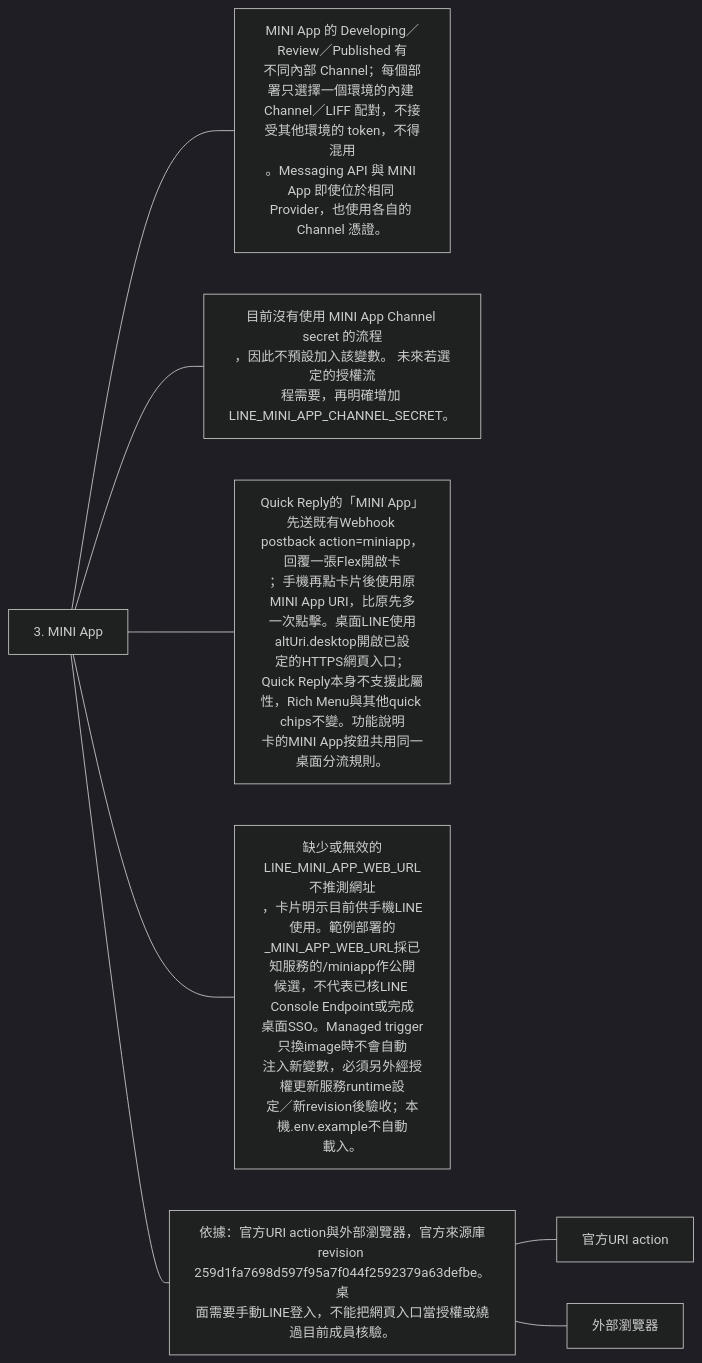
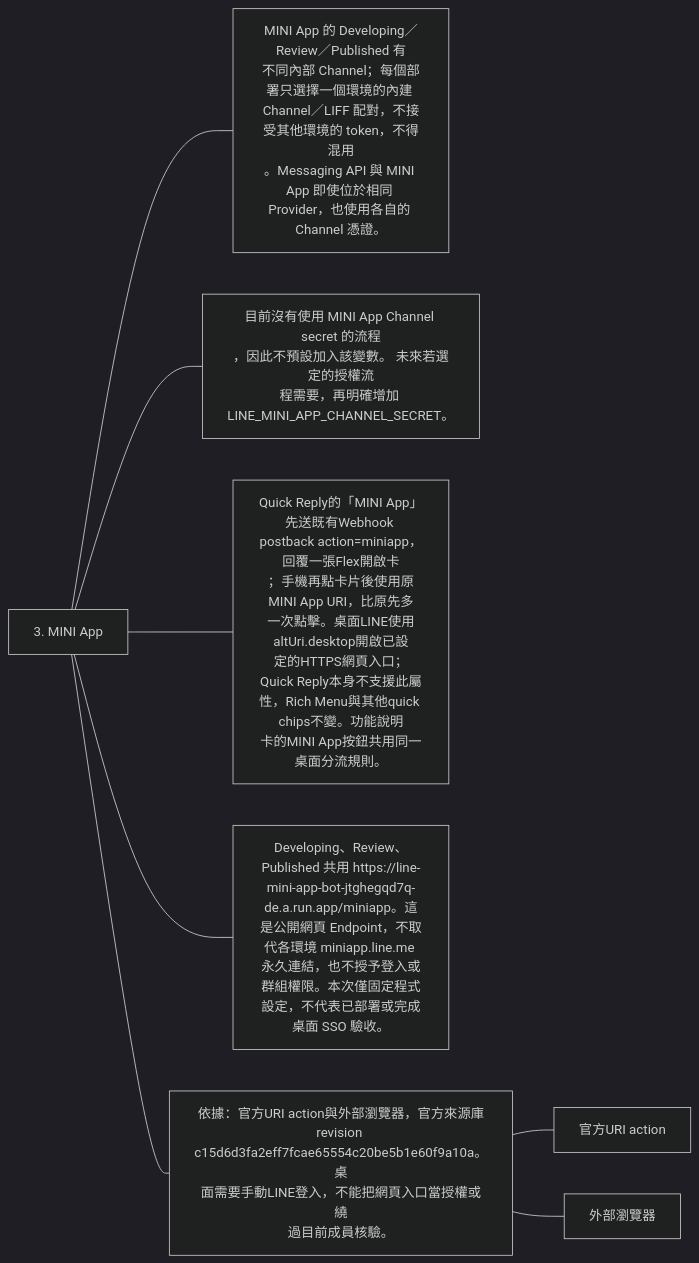
Before and after one commit to 963sup/line-mini-app-bot: the seventh of 9 diagrams in docs/architecture/integrations/line-environment.md, drawn with Mermaid (dark theme). The commit also changed other lines of this file and 6 other files, not shown here.

First line of the commit message:
refactor(miniapp): use the shared fixed public web endpoint (#30)

````diff
--- a/docs/architecture/integrations/line-environment.md
+++ b/docs/architecture/integrations/line-environment.md
@@ -54,13 +54,13 @@
 ```mermaid
 flowchart LR
   h["3. MINI App"]
   h --- n0["MINI App 的 Developing／Review／Published 有<br/>不同內部 Channel；每個部署只選擇一個環境的內建 Channel／LIFF 配對，不接受其他環境的 token，不得混用<br/>。Messaging API 與 MINI App 即使位於相同 <br/>Provider，也使用各自的 Channel 憑證。"]
   h --- n1["目前沒有使用 MINI App Channel secret 的流程<br/>，因此不預設加入該變數。 未來若選定的授權流<br/>程需要，再明確增加 <br/>LINE_MINI_APP_CHANNEL_SECRET。"]
   h --- n2["Quick Reply的「MINI App」先送既有Webhook <br/>postback action=miniapp，回覆一張Flex開啟卡<br/>；手機再點卡片後使用原MINI App URI，比原先多<br/>一次點擊。桌面LINE使用altUri.desktop開啟已設<br/>定的HTTPS網頁入口；Quick Reply本身不支援此屬<br/>性，Rich Menu與其他quick chips不變。功能說明<br/>卡的MINI App按鈕共用同一桌面分流規則。"]
-  h --- n3["缺少或無效的LINE_MINI_APP_WEB_URL不推測網址<br/>，卡片明示目前供手機LINE使用。範例部署的<br/>_MINI_APP_WEB_URL採已知服務的/miniapp作公開<br/>候選，不代表已核LINE Console Endpoint或完成<br/>桌面SSO。Managed trigger只換image時不會自動<br/>注入新變數，必須另外經授權更新服務runtime設<br/>定／新revision後驗收；本機.env.example不自動<br/>載入。"]
-  h --- n4["依據：官方URI action與外部瀏覽器，官方來源庫<br/>revision <br/>259d1fa7698d597f95a7f044f2592379a63defbe。桌<br/>面需要手動LINE登入，不能把網頁入口當授權或繞<br/>過目前成員核驗。"]
+  h --- n3["Developing、Review、Published 共用 https://line-mini-app-bot-jtghegqd7q-de.a.run.app/miniapp。這是公開網頁 Endpoint，不取代各環境 miniapp.line.me 永久連結，也不授予登入或群組權限。本次僅固定程式設定，不代表已部署或完成桌面 SSO 驗收。"]
+  h --- n4["依據：官方URI action與外部瀏覽器，官方來源庫<br/>revision <br/>c15d6d3fa2eff7fcae65554c20be5b1e60f9a10a。桌<br/>面需要手動LINE登入，不能把網頁入口當授權或繞<br/>過目前成員核驗。"]
   n4 --- n4l0["官方URI action"]
   click n4l0 "https://developers.line.biz/en/reference/messaging-api/#uri-action"
   n4 --- n4l1["外部瀏覽器"]
   click n4l1 "https://developers.line.biz/en/docs/line-mini-app/develop/external-browser/"
 ```
````
